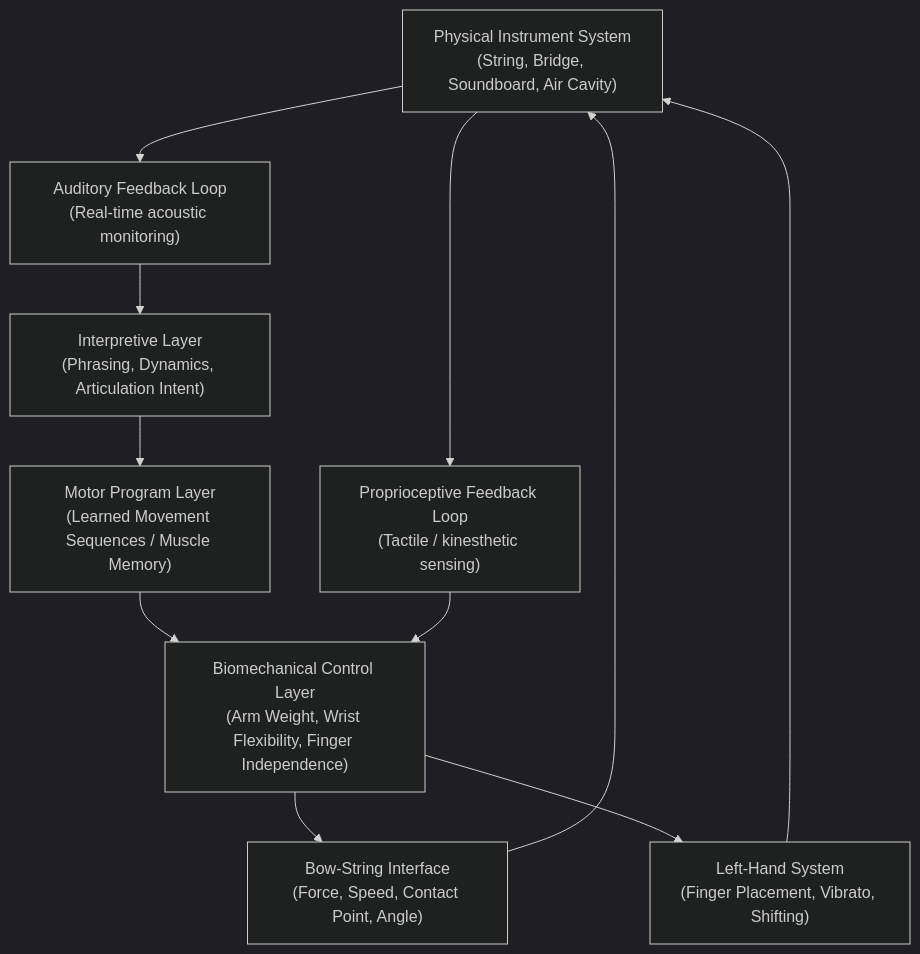
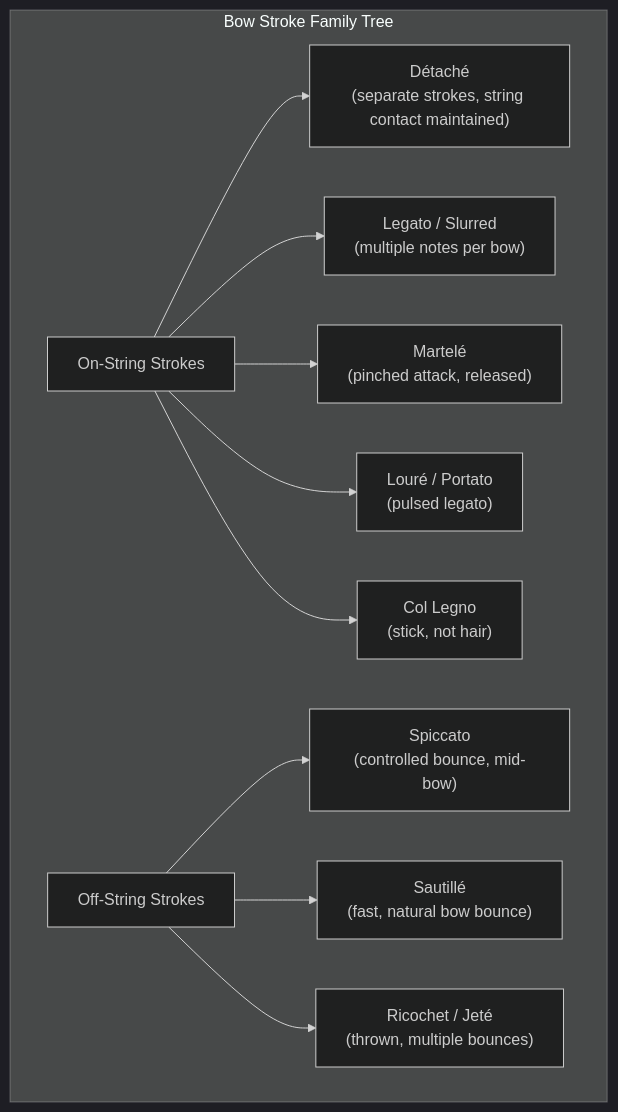
Before and after one commit to blebleblee/synapse: the second of 6 diagrams in topics/arts/music_performance/strings/lesson_03_repertoire_and_practice.md, drawn with Mermaid (dark theme). The commit also changed other lines of this file and 4 other files, not shown here.

````diff
--- a/topics/arts/music_performance/strings/lesson_03_repertoire_and_practice.md
+++ b/topics/arts/music_performance/strings/lesson_03_repertoire_and_practice.md
@@ -102,22 +199,24 @@
 ```mermaid
 graph TD
-    A["Physical Instrument System\n(String, Bridge, Soundboard, Air Cavity)"]
-    B["Bow-String Interface\n(Force, Speed, Contact Point, Angle)"]
-    C["Left-Hand System\n(Finger Placement, Vibrato, Shifting)"]
-    D["Biomechanical Control Layer\n(Arm Weight, Wrist Flexibility, Finger Independence)"]
-    E["Motor Program Layer\n(Learned Movement Sequences / Muscle Memory)"]
-    F["Interpretive Layer\n(Phrasing, Dynamics, Articulation Intent)"]
-    G["Auditory Feedback Loop\n(Real-time acoustic monitoring)"]
-    H["Proprioceptive Feedback Loop\n(Tactile / kinesthetic sensing)"]
+    subgraph sub_strokes ["Bow Stroke Family Tree"]
+        A["On-String Strokes"]
+        B["Off-String Strokes"]
+        C["Détaché\n(separate strokes, string contact maintained)"]
+        D["Legato / Slurred\n(multiple notes per bow)"]
+        E["Martelé\n(pinched attack, released)"]
+        F["Louré / Portato\n(pulsed legato)"]
+        G["Spiccato\n(controlled bounce, mid-bow)"]
+        H["Sautillé\n(fast, natural bow bounce)"]
+        I["Ricochet / Jeté\n(thrown, multiple bounces)"]
+        J["Col Legno\n(stick, not hair)"]
+    end
 
-    F --> E
-    E --> D
-    D --> B
-    D --> C
-    B --> A
-    C --> A
-    A --> G
-    A --> H
-    G --> F
-    H --> D
+    A --> C
+    A --> D
+    A --> E
+    A --> F
+    B --> G
+    B --> H
+    B --> I
+    A --> J
 ```
````
